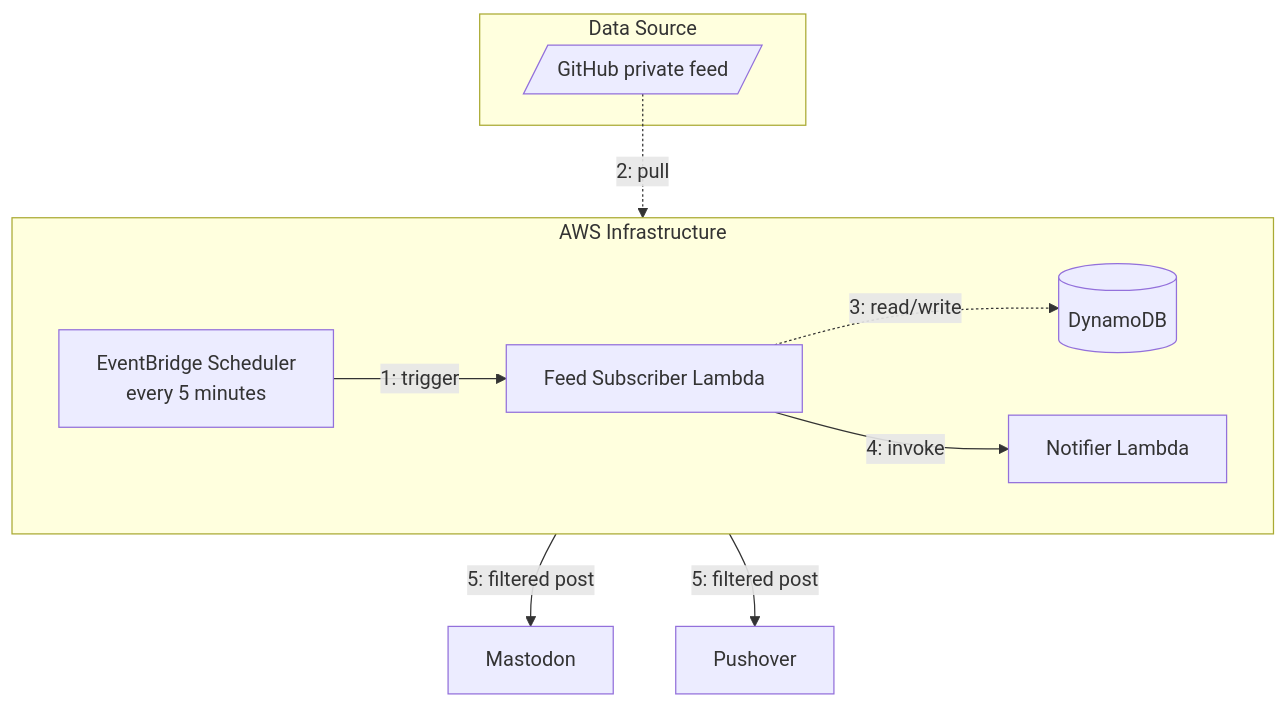
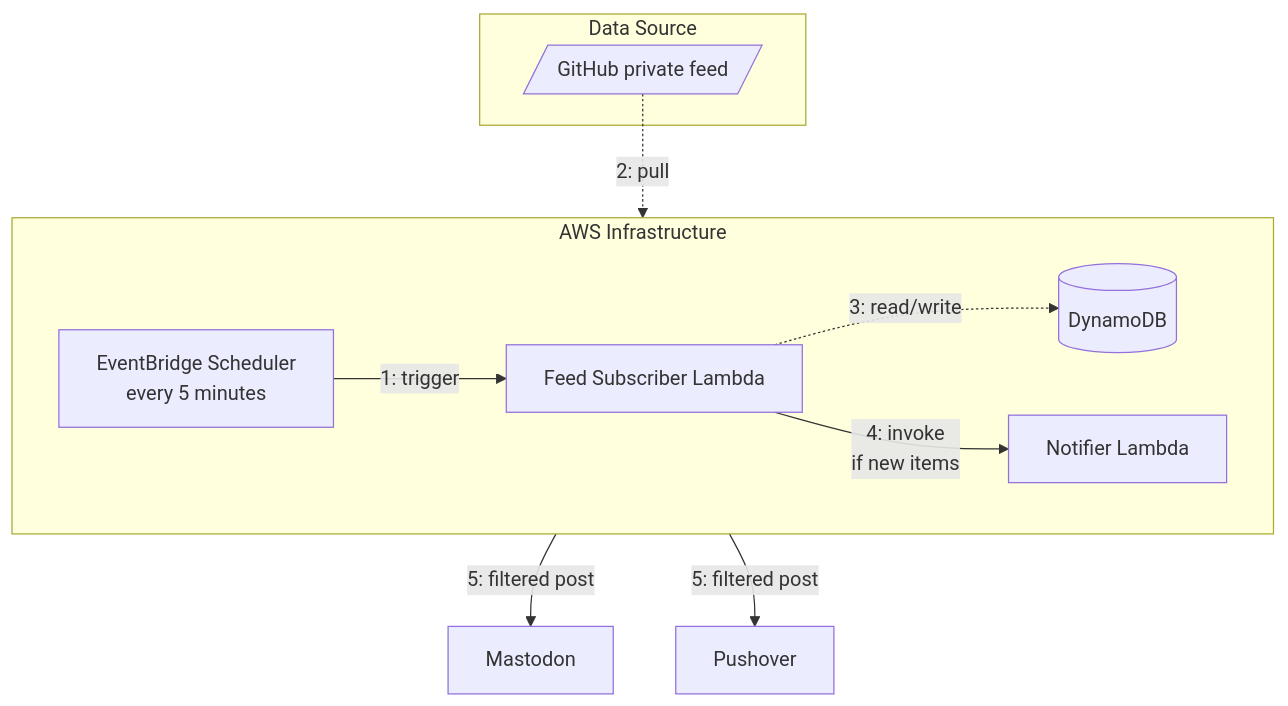
Before and after one commit to masutaka/masutaka-feed: the first of 2 diagrams in README.md, drawn with Mermaid. The commit also changed other lines of this file, not shown here.

Commit message:
Update mermaid

````diff
--- a/README.md
+++ b/README.md
@@ -13,20 +13,20 @@
 ```mermaid
 graph TD
     subgraph "Data Source"
         A[/GitHub private feed/]
     end
 
     subgraph "AWS Infrastructure"
         direction LR
         G[EventBridge Scheduler<br/>every 5 minutes] -->|1: trigger| H[Feed Subscriber Lambda]
         H -.->|3: read/write| I[(DynamoDB)]
-        H -->|4: invoke| D[Notifier Lambda]
+        H -->|4: invoke<br/>if new items| D[Notifier Lambda]
     end
 
     E[Mastodon]
     F[Pushover]
 
     A -.->|2: pull| H
     D -->|5: filtered post| E
     D -->|5: filtered post| F
 ```
````
